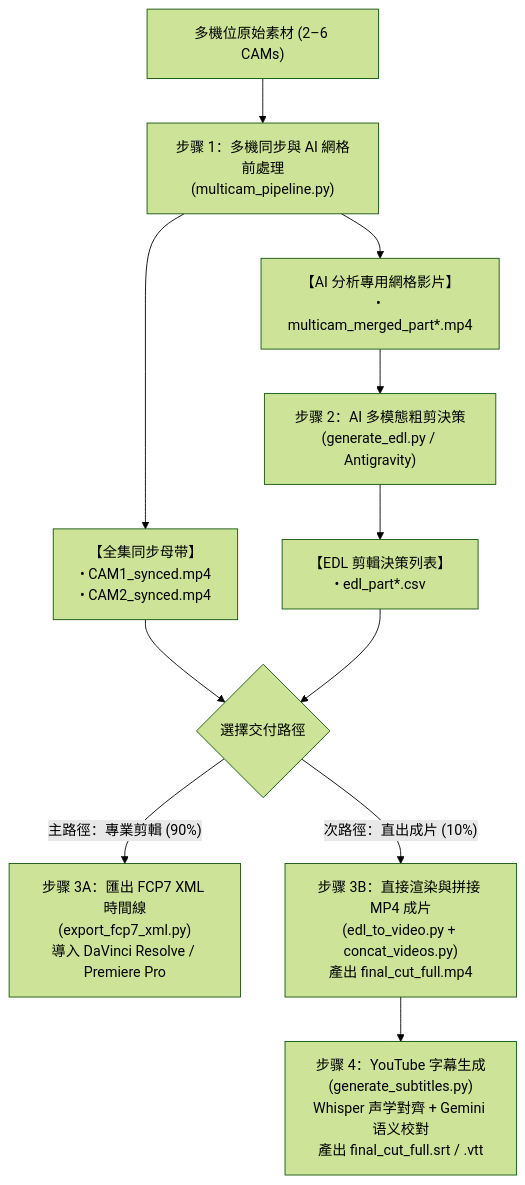
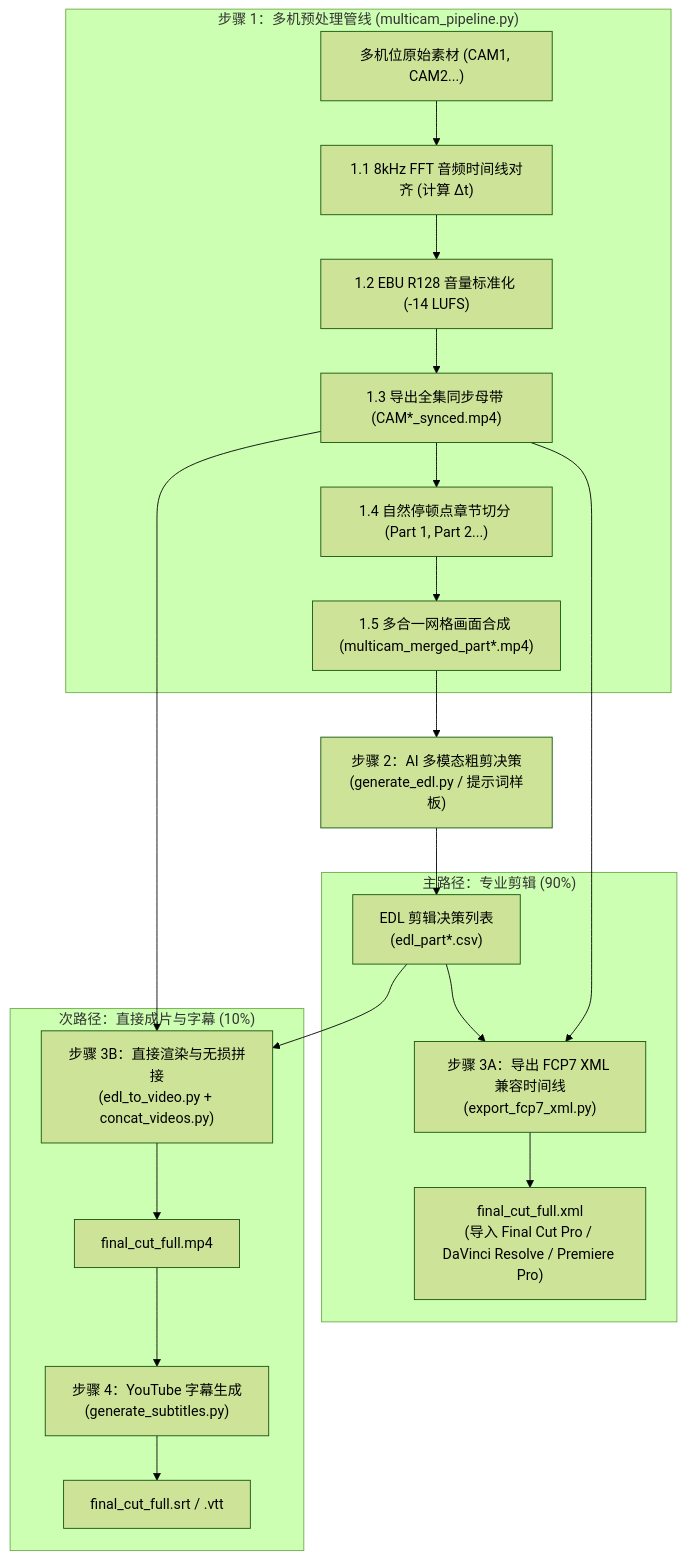
One commit to sylphlin/multicam-video-preprocessing changed the diagram in README.zh-CN.md. Above: the diagram before and after it, drawn with Mermaid (forest theme). The commit also changed 4 other files, not shown here.

Commit message:
docs: redesign clean relationship-focused Mermaid flowcharts with sub-steps 1.1-1.5 across all 5 READMEs

````diff
--- a/README.zh-CN.md
+++ b/README.zh-CN.md
@@ -53,18 +53,27 @@
 ```mermaid
 flowchart TD
-    A["多機位原始素材 (2–6 CAMs)"] --> B["步骤 1：多機同步與 AI 網格前處理<br/>(multicam_pipeline.py)"]
-    
-    B --> C["【全集同步母带】<br/>• CAM1_synced.mp4<br/>• CAM2_synced.mp4"]
-    B --> D["【AI 分析專用網格影片】<br/>• multicam_merged_part*.mp4"]
-    
-    D --> E["步骤 2：AI 多模態粗剪決策<br/>(generate_edl.py / Antigravity)"]
-    E --> F["【EDL 剪輯決策列表】<br/>• edl_part*.csv"]
-    
-    C --> G{"選擇交付路徑"}
-    F --> G
-    
-    G -->|"主路徑：專業剪輯 (90%)"| H["步骤 3A：匯出 FCP7 XML 時間線<br/>(export_fcp7_xml.py)<br/>導入 DaVinci Resolve / Premiere Pro"]
-    G -->|"次路徑：直出成片 (10%)"| I["步骤 3B：直接渲染與拼接 MP4 成片<br/>(edl_to_video.py + concat_videos.py)<br/>產出 final_cut_full.mp4"]
-    
-    I --> J["步骤 4：YouTube 字幕生成<br/>(generate_subtitles.py)<br/>Whisper 声学對齊 + Gemini 语义校對<br/>產出 final_cut_full.srt / .vtt"]
+    subgraph S1["步骤 1：多机预处理管线 (multicam_pipeline.py)"]
+        A["多机位原始素材 (CAM1, CAM2...)"] --> S1_1["1.1 8kHz FFT 音频时间线对齐 (计算 Δt)"]
+        S1_1 --> S1_2["1.2 EBU R128 音量标准化 (-14 LUFS)"]
+        S1_2 --> S1_3["1.3 导出全集同步母带 (CAM*_synced.mp4)"]
+        S1_3 --> S1_4["1.4 自然停顿点章节切分 (Part 1, Part 2...)"]
+        S1_4 --> S1_5["1.5 多合一网格画面合成 (multicam_merged_part*.mp4)"]
+    end
+
+    S1_5 --> S2["步骤 2：AI 多模态粗剪决策<br/>(generate_edl.py / 提示词样板)"]
+    S2 --> EDL["EDL 剪辑决策列表<br/>(edl_part*.csv)"]
+
+    subgraph S3A["主路径：专业剪辑 (90%)"]
+        S1_3 --> S3A_ACT["步骤 3A：导出 FCP7 XML 兼容时间线<br/>(export_fcp7_xml.py)"]
+        EDL --> S3A_ACT
+        S3A_ACT --> XML["final_cut_full.xml<br/>(导入 Final Cut Pro / DaVinci Resolve / Premiere Pro)"]
+    end
+
+    subgraph S3B["次路径：直接成片与字幕 (10%)"]
+        S1_3 --> S3B_ACT["步骤 3B：直接渲染与无损拼接<br/>(edl_to_video.py + concat_videos.py)"]
+        EDL --> S3B_ACT
+        S3B_ACT --> MP4["final_cut_full.mp4"]
+        MP4 --> S4["步骤 4：YouTube 字幕生成<br/>(generate_subtitles.py)"]
+        S4 --> SRT["final_cut_full.srt / .vtt"]
+    end
 ```
````
